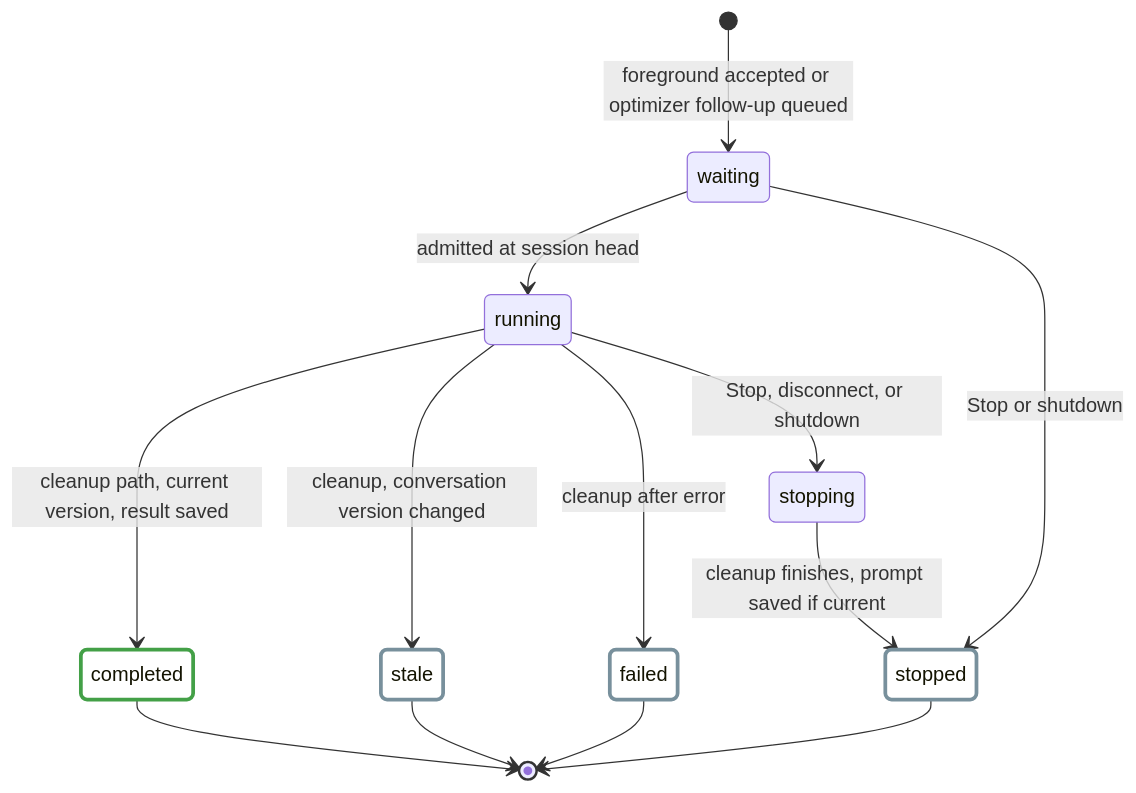
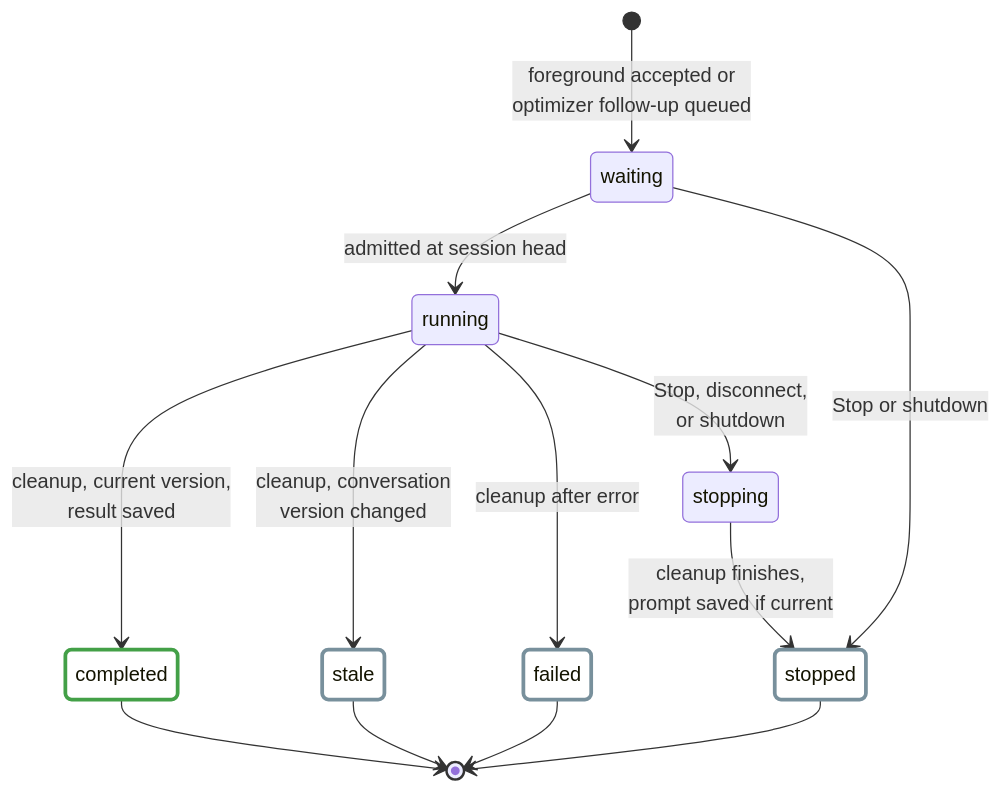
The first of 14 diagrams in docs/content/developer-guide/ai-assistant.md (j3soon/nurse-scheduling), drawn with Mermaid before and after one commit. The commit also changed other lines of this file, not shown here.

First line of the commit message:
docs: fit AI assistant diagrams to desktop content width

````diff
--- a/docs/content/developer-guide/ai-assistant.md
+++ b/docs/content/developer-guide/ai-assistant.md
@@ -51,20 +50,20 @@
 ```mermaid
 stateDiagram-v2
-    [*] --> waiting: foreground accepted or optimizer follow-up queued
+    [*] --> waiting: foreground accepted or<br/>optimizer follow-up queued
     waiting --> running: admitted at session head
     waiting --> stopped: Stop or shutdown
-    running --> completed: cleanup path, current version, result saved
-    running --> stale: cleanup, conversation version changed
+    running --> completed: cleanup, current version,<br/>result saved
+    running --> stale: cleanup, conversation<br/>version changed
     running --> failed: cleanup after error
-    running --> stopping: Stop, disconnect, or shutdown
-    stopping --> stopped: cleanup finishes, prompt saved if current
+    running --> stopping: Stop, disconnect,<br/>or shutdown
+    stopping --> stopped: cleanup finishes,<br/>prompt saved if current
     completed --> [*]
     stale --> [*]
     failed --> [*]
     stopped --> [*]
 
     classDef completedState fill:transparent,stroke:#43a047,stroke-width:3px
     classDef otherState fill:transparent,stroke:#78909c,stroke-width:3px
     class completed completedState
     class stale,failed,stopped otherState
 ```
````
